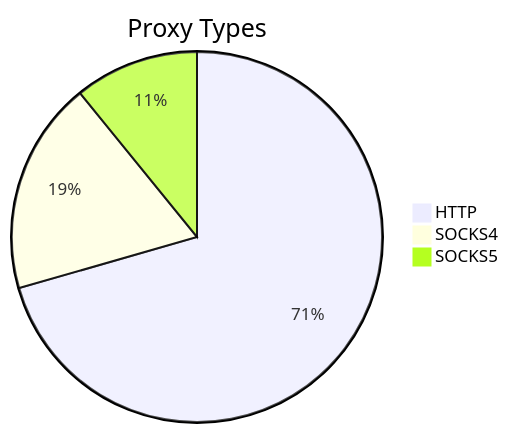
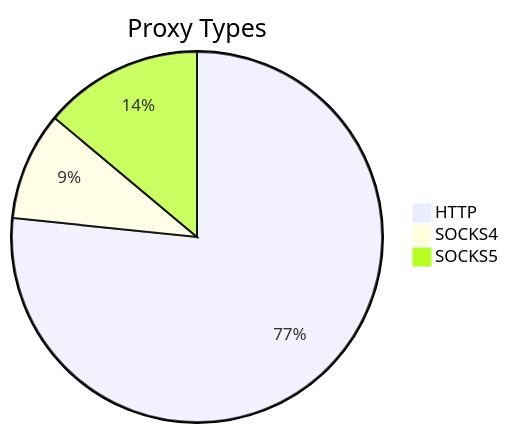
One commit to stormsia/proxy-list changed the first of 2 diagrams in README.md. Above: the diagram before and after it, drawn with Mermaid. The commit also changed other lines of this file, not shown here.

````diff
--- a/README.md
+++ b/README.md
@@ -21,6 +21,6 @@
 ```mermaid
 pie title Proxy Types
-    "HTTP" : 539
-    "SOCKS4" : 142
-    "SOCKS5" : 83
+    "HTTP" : 292
+    "SOCKS4" : 36
+    "SOCKS5" : 53
 ```
````
